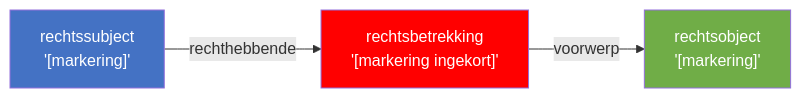
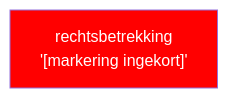
The first of 2 diagrams in annotaties/template.md (palmw01/juridische-analyses), drawn with Mermaid before and after one commit. The commit also changed other lines of this file and 21 other files, not shown here.

First line of the commit message:
refactor: herstructureer vault naar wetstekst/annotatie-scheiding (Flow A/B/C)

````diff
--- a/annotaties/template.md
+++ b/annotaties/template.md
@@ -35,13 +93,6 @@
 ```mermaid
 graph LR
     RB["rechtsbetrekking<br/>'[markering ingekort]'"]:::rb
-    RS1["rechtssubject<br/>'[markering]'"]:::rs
-    RO["rechtsobject<br/>'[markering]'"]:::ro
-
-    RS1 -->|rechthebbende| RB
-    RB -->|voorwerp| RO
 
     classDef rb fill:#FF0000,color:#fff
-    classDef rs fill:#4472C4,color:#fff
-    classDef ro fill:#70AD47,color:#fff
 ```
````
